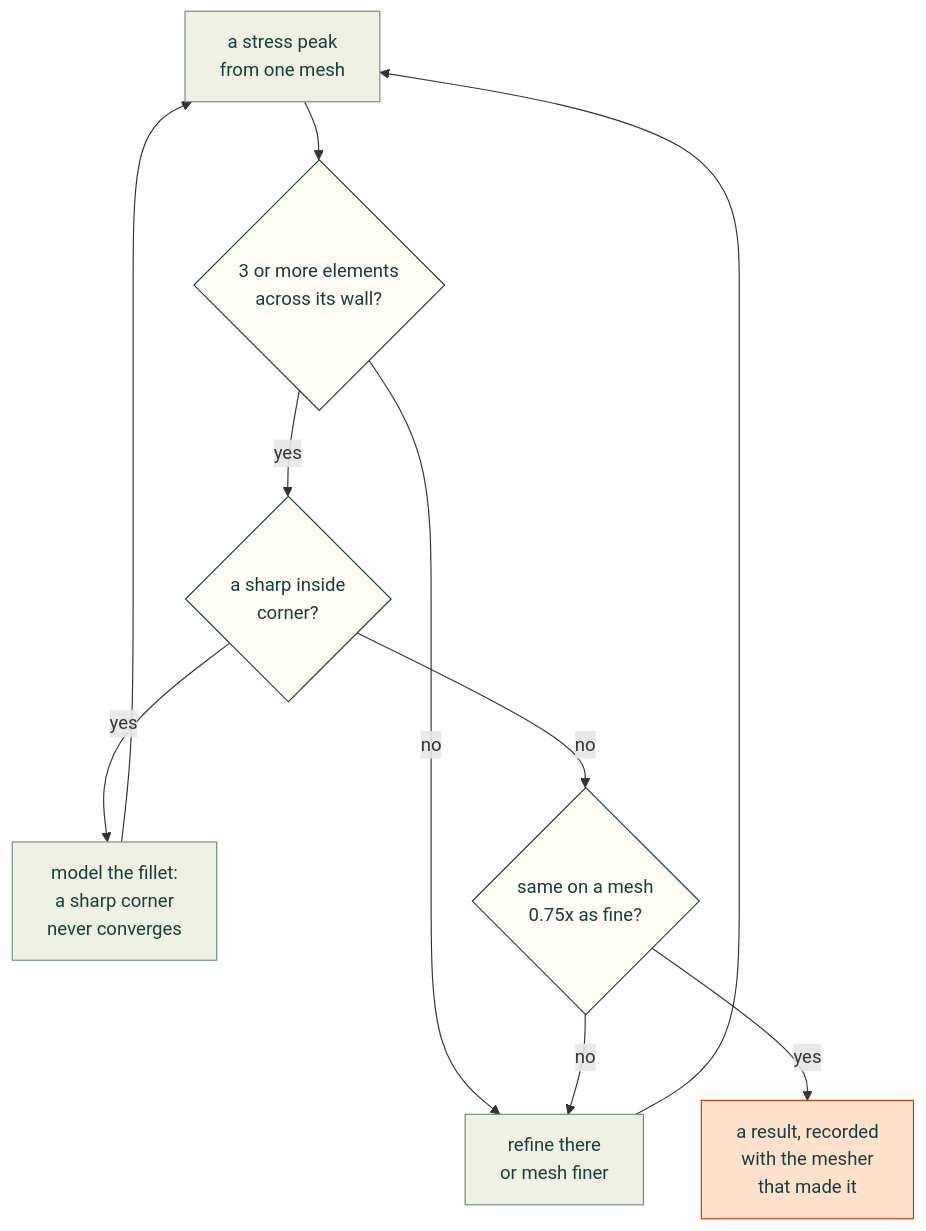
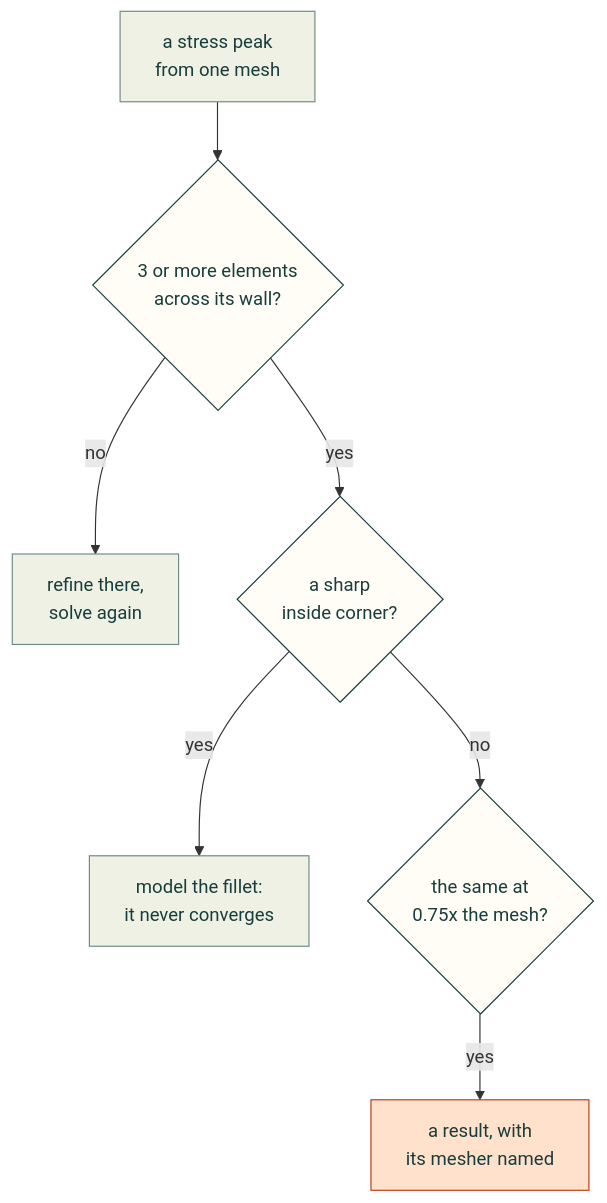
Before and after one commit to Valpatel/cad-agent: the diagram in lessons/simulation/meshes.md, drawn with Mermaid.

Commit message:
Lesson on meshes: a narrower diagram, without loop-back edges, for the site's column (#144)

````diff
--- a/lessons/simulation/meshes.md
+++ b/lessons/simulation/meshes.md
@@ -3,18 +3,15 @@
 ```mermaid
 flowchart TD
     S["a stress peak<br/>from one mesh"] --> W{"3 or more elements<br/>across its wall?"}
-    W -->|"no"| R["refine there<br/>or mesh finer"]
-    R --> S
-    W -->|"yes"| C{"a sharp inside<br/>corner?"}
-    C -->|"yes"| F["model the fillet:<br/>a sharp corner<br/>never converges"]
-    F --> S
-    C -->|"no"| V{"same on a mesh<br/>0.75x as fine?"}
-    V -->|"no"| R
-    V -->|"yes"| G["a result, recorded<br/>with the mesher<br/>that made it"]
+    W -->|"no"| R["refine there,<br/>solve again"]
+    W -->|"yes"| C{"a sharp<br/>inside corner?"}
+    C -->|"yes"| F["model the fillet:<br/>it never converges"]
+    C -->|"no"| V{"the same at<br/>0.75x the mesh?"}
+    V -->|"yes"| G["a result, with<br/>its mesher named"]
     classDef here fill:#fffdf5,stroke:#173d3c,color:#173d3c
     classDef near fill:#eef1e4,stroke:#6f8a80,color:#173d3c
     classDef out fill:#ffe1cc,stroke:#bd3a12,color:#173d3c
     class W,C,V here
     class S,R,F near
     class G out
 ```
````
